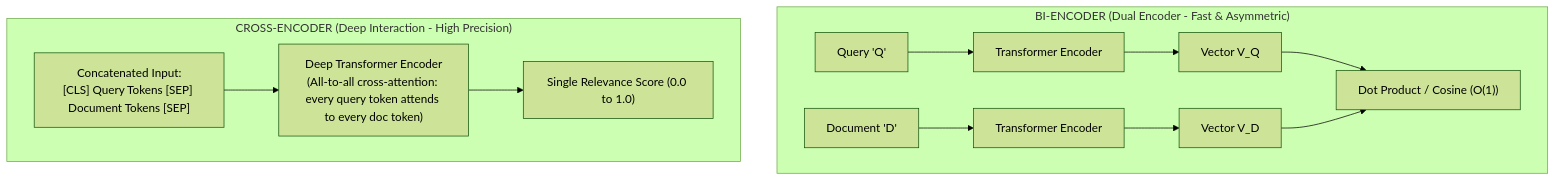
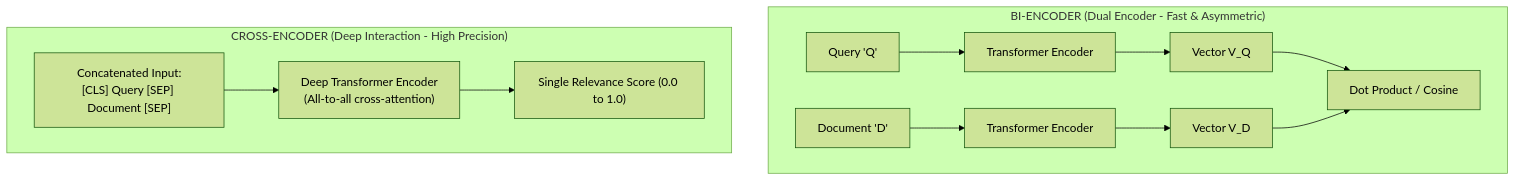
One commit to dip4k/senior-engineer-to-ai-engineer-roadmap changed the third of 3 diagrams in 02-rag-and-knowledge-systems/04-reciprocal-rank-fusion-and-cross-encoders.md. Above: the diagram before and after it, drawn with Mermaid (forest theme). The commit also changed other lines of this file and 10 other files, not shown here.

````diff
--- a/02-rag-and-knowledge-systems/04-reciprocal-rank-fusion-and-cross-encoders.md
+++ b/02-rag-and-knowledge-systems/04-reciprocal-rank-fusion-and-cross-encoders.md
@@ -127,15 +138,15 @@
 ```mermaid
 flowchart TD
     subgraph BiEncoder["BI-ENCODER (Dual Encoder - Fast & Asymmetric)"]
         Q1["Query 'Q'"] --> E1["Transformer Encoder"] --> V_Q["Vector V_Q"]
         D1["Document 'D'"] --> E2["Transformer Encoder"] --> V_D["Vector V_D"]
-        V_Q --> Sim["Dot Product / Cosine (O(1))"]
+        V_Q --> Sim["Dot Product / Cosine"]
         V_D --> Sim
     end
 
     subgraph CrossEncoder["CROSS-ENCODER (Deep Interaction - High Precision)"]
-        Concat["Concatenated Input:<br>[CLS] Query Tokens [SEP] Document Tokens [SEP]"]
-        Concat --> FullTrans["Deep Transformer Encoder<br>(All-to-all cross-attention: every query token attends to every doc token)"]
+        Concat["Concatenated Input:<br>[CLS] Query [SEP] Document [SEP]"]
+        Concat --> FullTrans["Deep Transformer Encoder<br>(All-to-all cross-attention)"]
         FullTrans --> Score["Single Relevance Score (0.0 to 1.0)"]
     end
 ```
````
